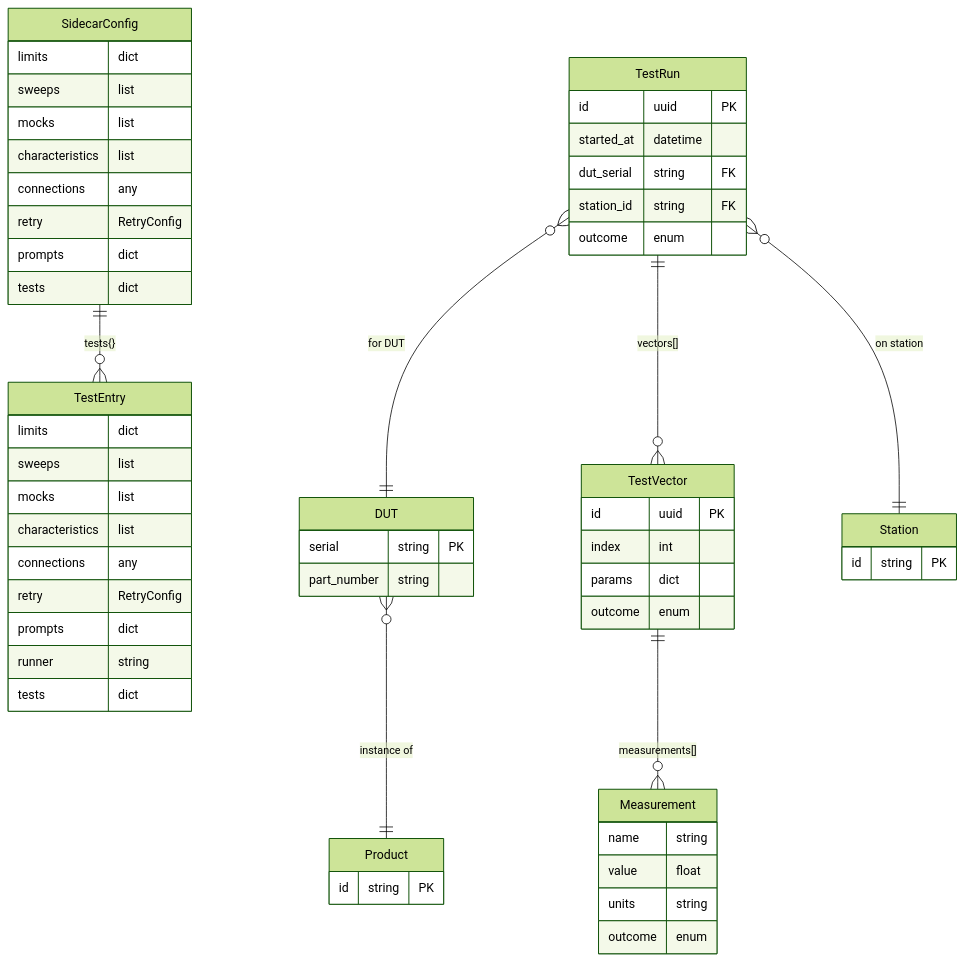
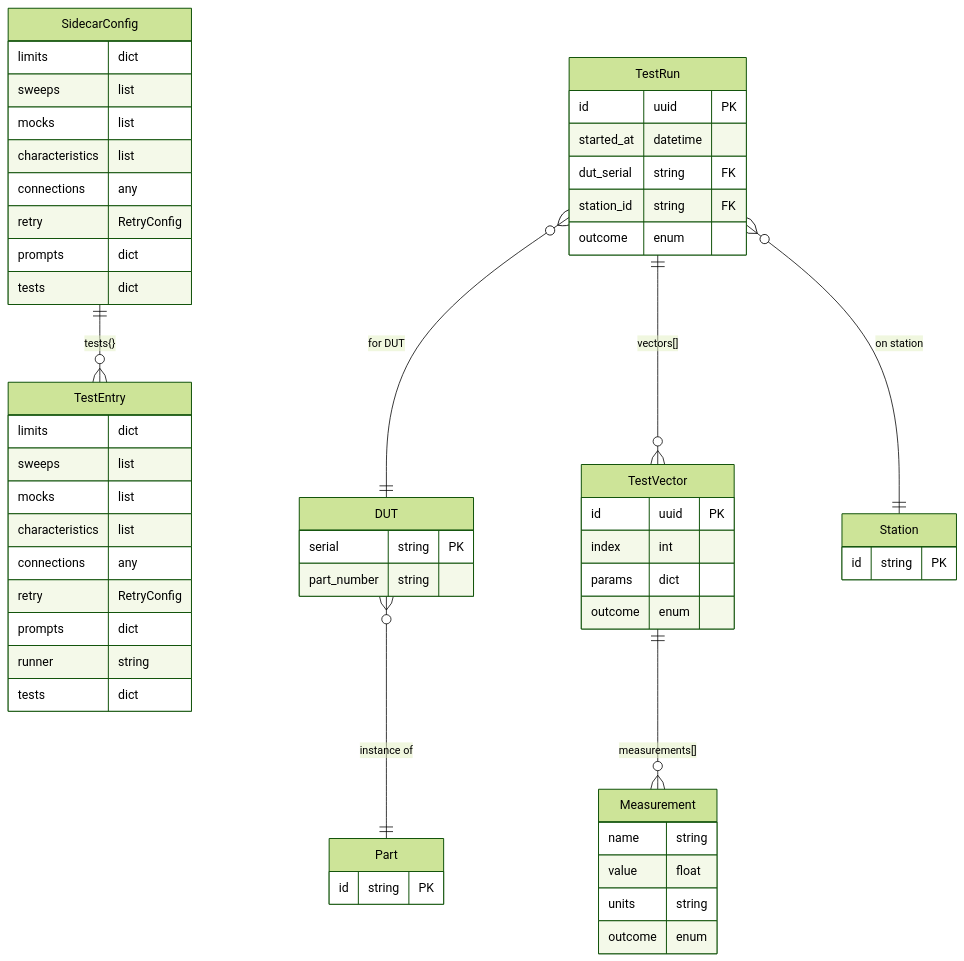
The fifth of 9 diagrams in docs/concepts/overview/architecture.md (pragmatest-dev/testerkit), drawn with Mermaid (forest theme) before and after one commit. The commit also changed other lines of this file and 246 other files, not shown here.

First line of the commit message:
refactor: rename product -> part across the codebase (#258)

````diff
--- a/docs/concepts/overview/architecture.md
+++ b/docs/concepts/overview/architecture.md
@@ -187,60 +187,60 @@
 ```mermaid
 erDiagram
     SidecarConfig {
         limits dict
         sweeps list
         mocks list
         characteristics list
         connections any
         retry RetryConfig
         prompts dict
         tests dict
     }
     TestEntry {
         limits dict
         sweeps list
         mocks list
         characteristics list
         connections any
         retry RetryConfig
         prompts dict
         runner string
         tests dict
     }
     DUT {
         serial string PK
         part_number string
     }
     TestRun {
         id uuid PK
         started_at datetime
         dut_serial string FK
         station_id string FK
         outcome enum
     }
     TestVector {
         id uuid PK
         index int
         params dict
         outcome enum
     }
     Measurement {
         name string
         value float
         units string
         outcome enum
     }
-    Product {
+    Part {
         id string PK
     }
     Station {
         id string PK
     }
 
     SidecarConfig ||--o{ TestEntry : "tests{}"
-    DUT }o--|| Product : "instance of"
+    DUT }o--|| Part : "instance of"
     TestRun }o--|| DUT : "for DUT"
     TestRun }o--|| Station : "on station"
     TestRun ||--o{ TestVector : "vectors[]"
     TestVector ||--o{ Measurement : "measurements[]"
 ```
````
